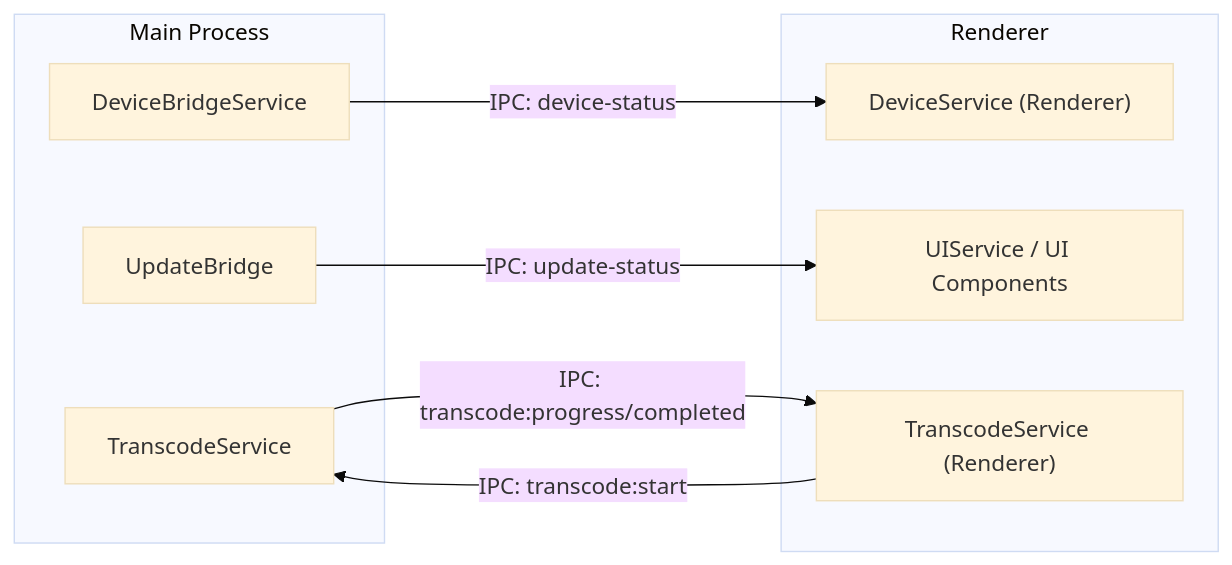
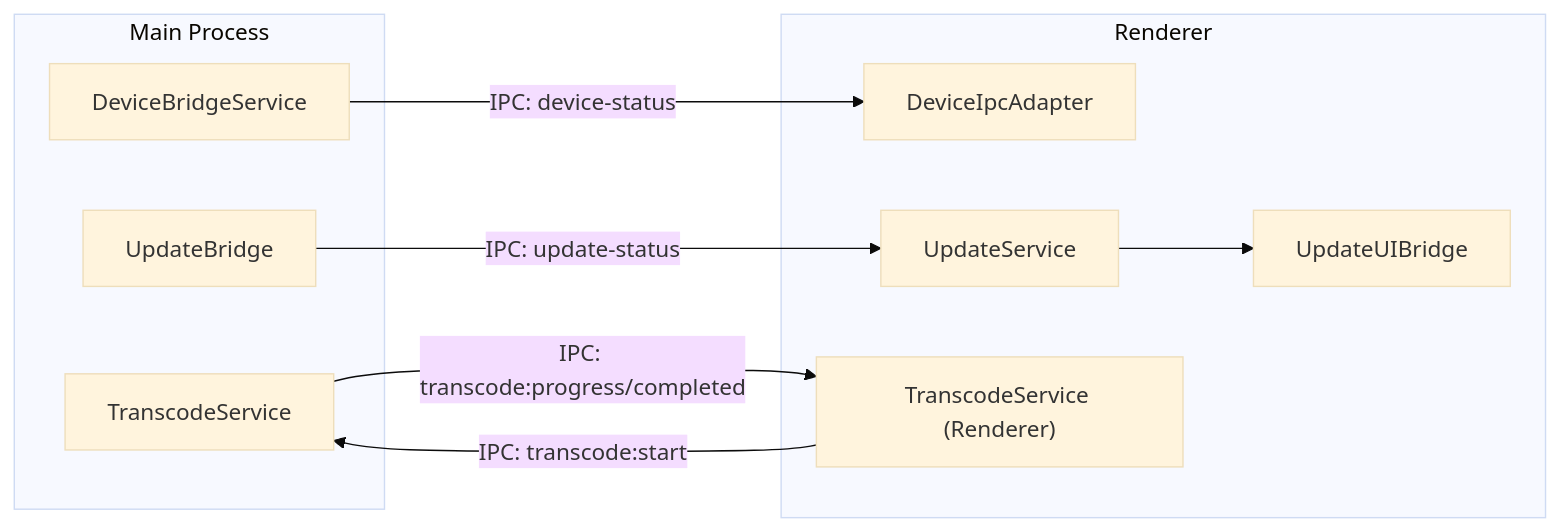
The eighth of 8 diagrams in docs/architecture-diagrams.md (josstei/prismgb-app), drawn with Mermaid (base theme) before and after one commit. The commit also changed other lines of this file and 5 other files, not shown here.

````diff
--- a/docs/architecture-diagrams.md
+++ b/docs/architecture-diagrams.md
@@ -182,19 +182,21 @@
 ```mermaid
 flowchart LR
   subgraph MAIN[Main Process]
     DeviceBridge[DeviceBridgeService]
     UpdateBridge[UpdateBridge]
     TranscodeService[TranscodeService]
   end
 
   subgraph RENDERER[Renderer]
-    DeviceServiceRenderer["DeviceService (Renderer)"]
-    UIService["UIService / UI Components"]
+    DeviceIpcAdapter[DeviceIpcAdapter]
+    UpdateService[UpdateService]
+    UpdateUIBridge[UpdateUIBridge]
     TranscodeServiceRenderer["TranscodeService (Renderer)"]
   end
 
-  DeviceBridge -- IPC: device-status --> DeviceServiceRenderer
-  UpdateBridge -- IPC: update-status --> UIService
+  DeviceBridge -- IPC: device-status --> DeviceIpcAdapter
+  UpdateBridge -- IPC: update-status --> UpdateService
+  UpdateService --> UpdateUIBridge
   TranscodeServiceRenderer -- IPC: transcode:start --> TranscodeService
   TranscodeService -- IPC: transcode:progress/completed --> TranscodeServiceRenderer
 ```
````
